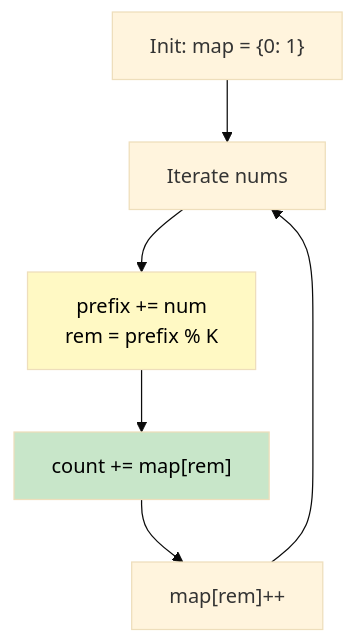
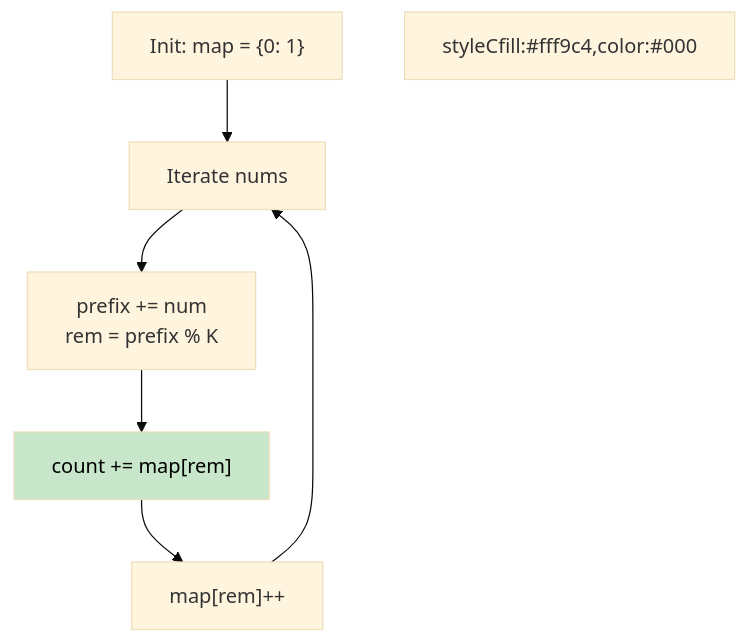
Before and after one commit to vadde/DSA: the diagram in 30 - Prefix Sum/problem_09_subarrays_divisible_by_k_walkthrough.md, drawn with Mermaid (base theme). The commit also changed 245 other files, not shown here.

First line of the commit message:
fix: Forensic fix of all Mermaid rendering issues across entire DSA repo + add pre-commit validation infrastructure

````diff
--- a/30 - Prefix Sum/problem_09_subarrays_divisible_by_k_walkthrough.md
+++ b/30 - Prefix Sum/problem_09_subarrays_divisible_by_k_walkthrough.md
@@ -38,11 +38,11 @@
 ```mermaid
 flowchart TD
     A["Init: map = {0: 1}"] --> B["Iterate nums"]
     B --> C["prefix += num\nrem = prefix % K"]
     C --> D["count += map[rem]"]
     D --> E["map[rem]++"]
     E --> B
-    
-    style C fill:#fff9c4,color:#000
+
+styleCfill:#fff9c4,color:#000
     style D fill:#c8e6c9,color:#000
 ```
````
